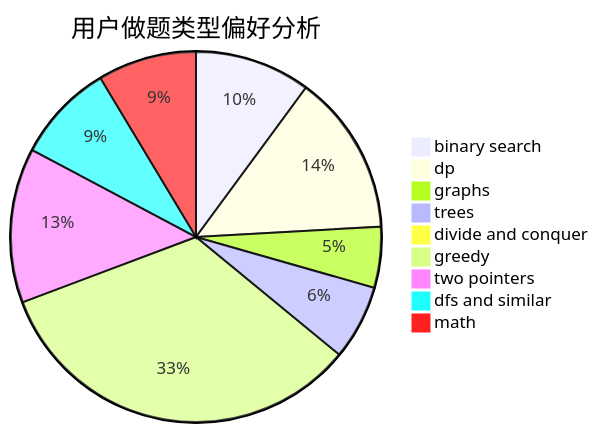
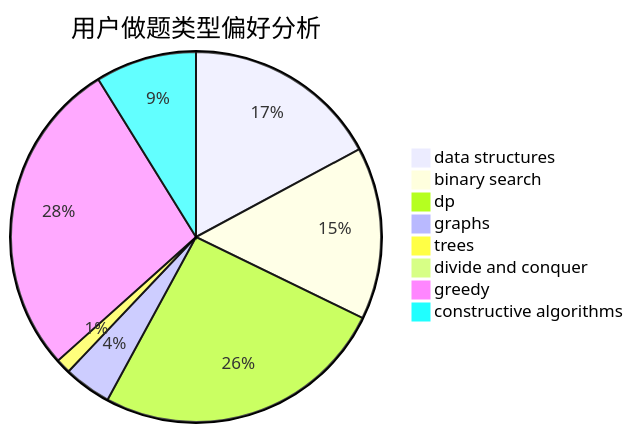
Before and after one commit to sherpahu/cfrs.github.io: the second of 3 diagrams in docs/user/u51.md, drawn with Mermaid. The commit also changed other lines of this file and 2775 other files, not shown here.

````diff
--- a/docs/user/u51.md
+++ b/docs/user/u51.md
@@ -23,12 +23,11 @@
 ```mermaid
 pie title 用户做题类型偏好分析
-    "binary search" :  116
-    "dp" :  161
-    "graphs" :  61
-    "trees" :  75
-    "divide and conquer" :  9
-    "greedy" :  383
-    "two pointers" :  155
-    "dfs and similar" :  99
-    "math" :  99
+    "data structures" :  66
+    "binary search" :  58
+    "dp" :  99
+    "graphs" :  16
+    "trees" :  5
+    "divide and conquer" :  0
+    "greedy" :  107
+    "constructive algorithms" :  34
 ```
````
